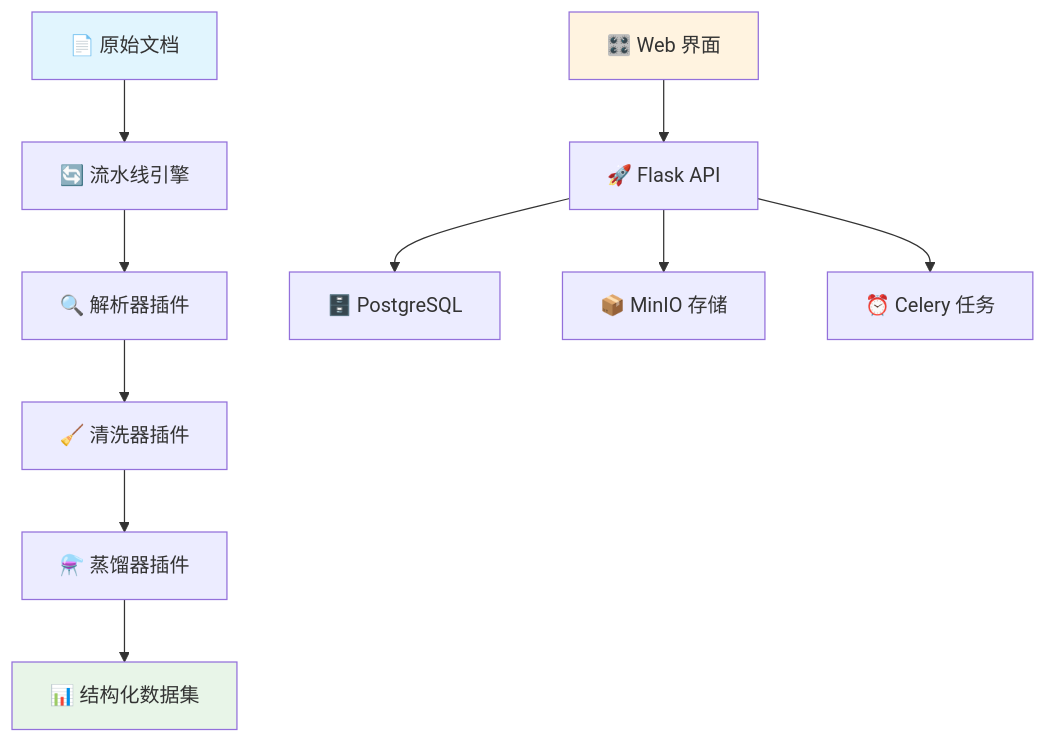
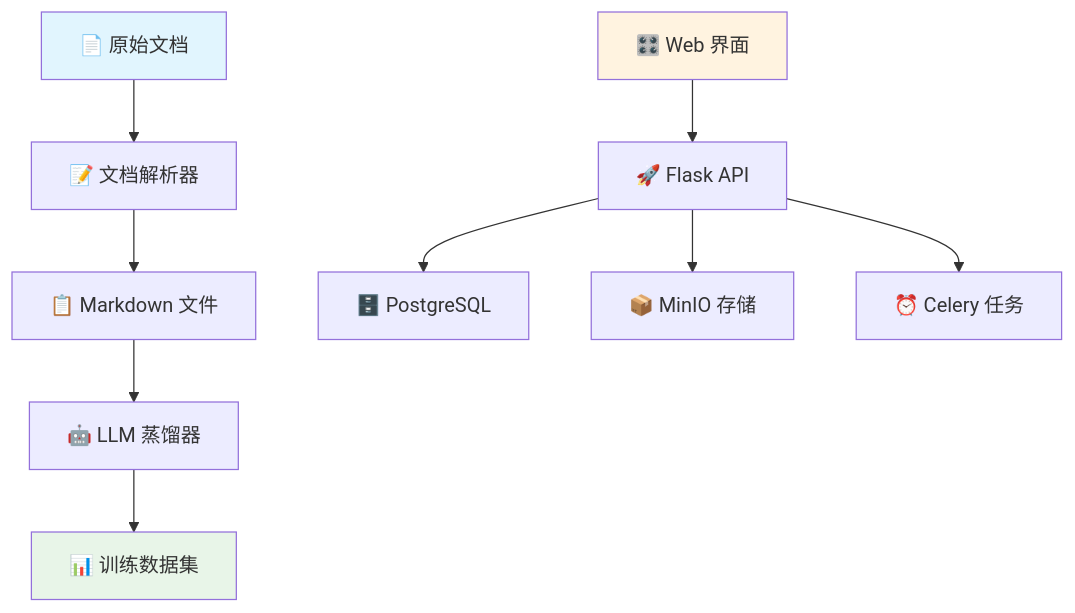
Before and after one commit to hikariming/pindata: the diagram in README_CN.md, drawn with Mermaid. The commit also changed other lines of this file and 2 other files, not shown here.

````diff
--- a/README_CN.md
+++ b/README_CN.md
@@ -58,17 +61,16 @@
 ```mermaid
 graph TD
-    A[📄 原始文档] --> B[🔄 流水线引擎]
-    B --> C[🔍 解析器插件]
-    C --> D[🧹 清洗器插件]
-    D --> E[⚗️ 蒸馏器插件]
-    E --> F[📊 结构化数据集]
+    A[📄 原始文档] --> B[📝 文档解析器]
+    B --> C[📋 Markdown 文件]
+    C --> D[🤖 LLM 蒸馏器]
+    D --> E[📊 训练数据集]
     
-    G[🎛️ Web 界面] --> H[🚀 Flask API]
-    H --> I[🗄️ PostgreSQL]
-    H --> J[📦 MinIO 存储]
-    H --> K[⏰ Celery 任务]
+    F[🎛️ Web 界面] --> G[🚀 Flask API]
+    G --> H[🗄️ PostgreSQL]
+    G --> I[📦 MinIO 存储]
+    G --> J[⏰ Celery 任务]
     
     style A fill:#e1f5fe
-    style F fill:#e8f5e8
-    style G fill:#fff3e0
+    style E fill:#e8f5e8
+    style F fill:#fff3e0
 ```
````
